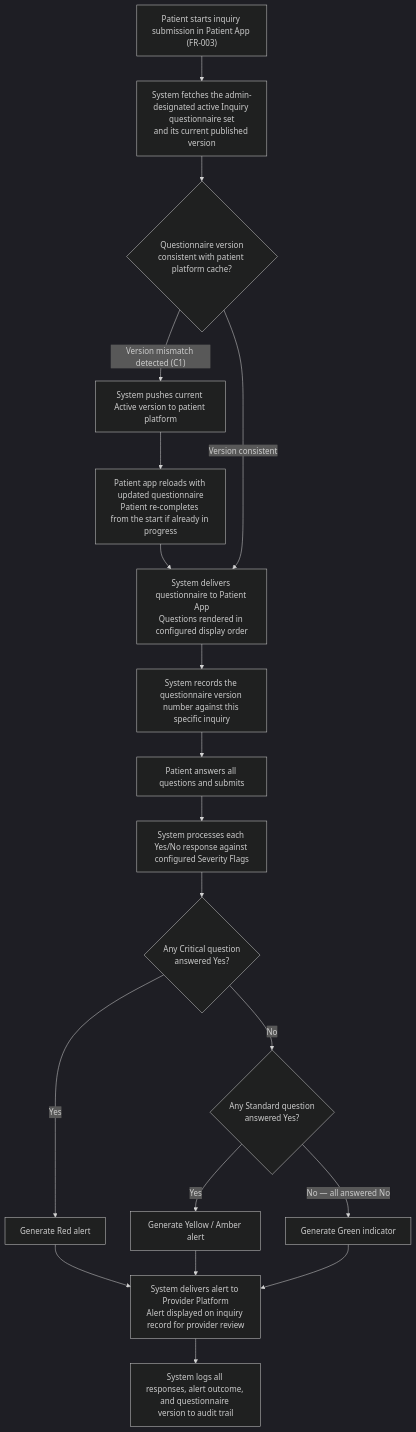
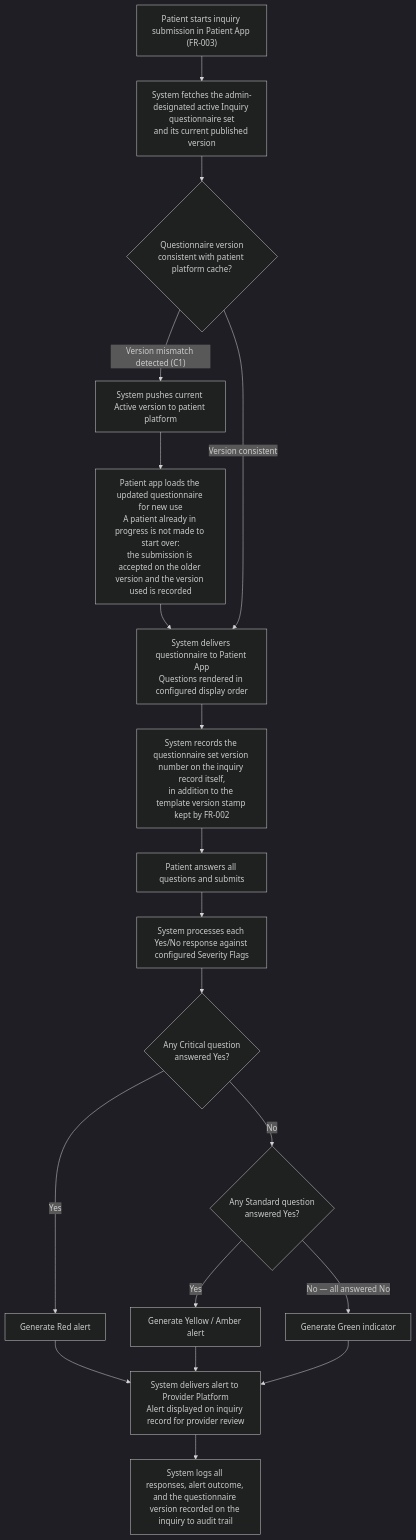
Before and after one commit to joachimtrungtuan/hairline-pm-docs: the third of 4 diagrams in project-requirements/functional-requirements/fr025-medical-questionnaire-management/prd.md, drawn with Mermaid (dark theme). The commit also changed other lines of this file and 40 other files, not shown here.

````diff
--- a/project-requirements/functional-requirements/fr025-medical-questionnaire-management/prd.md
+++ b/project-requirements/functional-requirements/fr025-medical-questionnaire-management/prd.md
@@ -150,33 +150,33 @@
 ```mermaid
 flowchart TD
     TRIGGER["Patient starts inquiry submission in Patient App (FR-003)"]
 
     TRIGGER --> FETCH["System fetches the admin-designated active Inquiry questionnaire set\nand its current published version"]
 
     FETCH --> VCHK{"Questionnaire version\nconsistent with patient platform cache?"}
 
     VCHK -->|"Version mismatch detected (C1)"| UPDATE["System pushes current Active version to patient platform"]
-    UPDATE --> RELOAD["Patient app reloads with updated questionnaire\nPatient re-completes from the start if already in progress"]
+    UPDATE --> RELOAD["Patient app loads the updated questionnaire for new use\nA patient already in progress is not made to start over:\nthe submission is accepted on the older version and the version used is recorded"]
     RELOAD --> DISPLAY
 
     VCHK -->|"Version consistent"| DISPLAY["System delivers questionnaire to Patient App\nQuestions rendered in configured display order"]
 
-    DISPLAY --> TRACK["System records the questionnaire version number against this specific inquiry"]
+    DISPLAY --> TRACK["System records the questionnaire set version number on the inquiry record itself,\nin addition to the template version stamp kept by FR-002"]
     TRACK --> SUBMIT["Patient answers all questions and submits"]
 
     SUBMIT --> PROCESS["System processes each Yes/No response against configured Severity Flags"]
 
     PROCESS --> CRIT{"Any Critical question\nanswered Yes?"}
 
     CRIT -->|"Yes"| RED["Generate Red alert"]
     CRIT -->|"No"| STD{"Any Standard question\nanswered Yes?"}
 
     STD -->|"Yes"| AMBER["Generate Yellow / Amber alert"]
     STD -->|"No — all answered No"| GREEN["Generate Green indicator"]
 
     RED --> DELIVER["System delivers alert to Provider Platform\nAlert displayed on inquiry record for provider review"]
     AMBER --> DELIVER
     GREEN --> DELIVER
 
-    DELIVER --> LOG["System logs all responses, alert outcome, and questionnaire version to audit trail"]
+    DELIVER --> LOG["System logs all responses, alert outcome, and the questionnaire version recorded on the inquiry to audit trail"]
 ```
````
